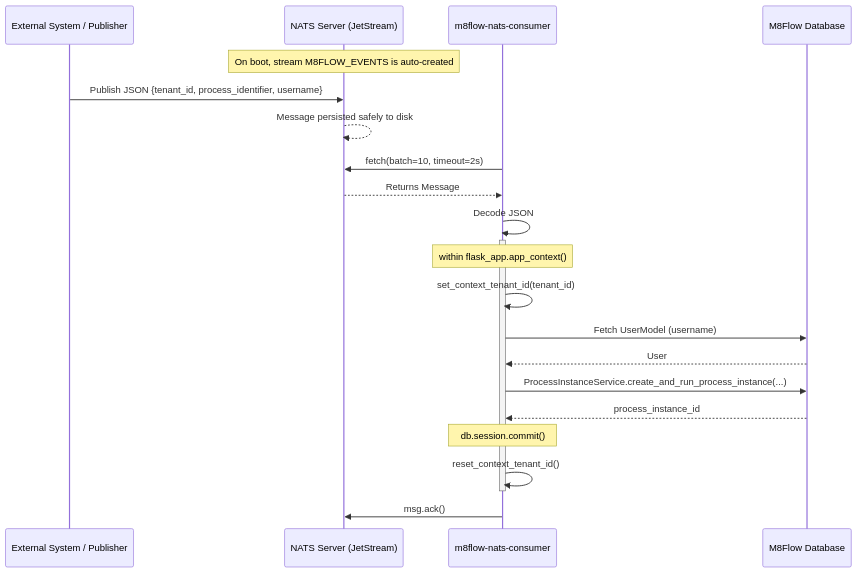
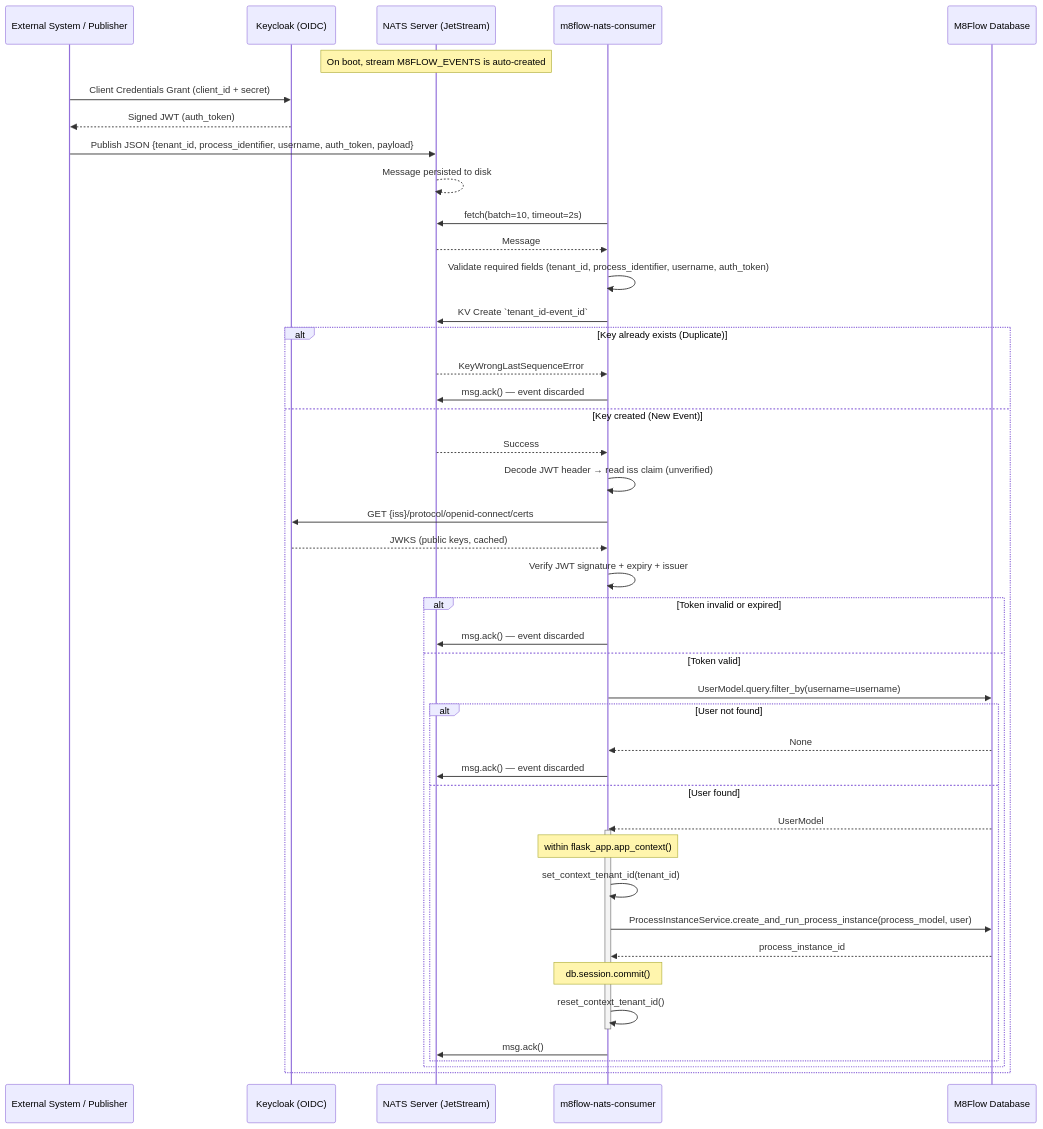
The second of 2 diagrams in docs/event-driven-architecture.md (AOT-Technologies/m8flow), drawn with Mermaid before and after one commit. The commit also changed other lines of this file and 11 other files, not shown here.

Commit message:
feat: Implement JWT validation via Keycloak JWKS and NATS KV deduplication in the consumer, updating documentation and streamlining NATS setup.

````diff
--- a/docs/event-driven-architecture.md
+++ b/docs/event-driven-architecture.md
@@ -68,30 +93,57 @@
 ```mermaid
 sequenceDiagram
     participant External as External System / Publisher
+    participant Keycloak as Keycloak (OIDC)
     participant NATS as NATS Server (JetStream)
     participant Consumer as m8flow-nats-consumer
     participant DB as M8Flow Database
 
     Note over NATS: On boot, stream M8FLOW_EVENTS is auto-created
 
-    External->>NATS: Publish JSON {tenant_id, process_identifier, username}
-    NATS-->>NATS: Message persisted safely to disk
+    External->>Keycloak: Client Credentials Grant (client_id + secret)
+    Keycloak-->>External: Signed JWT (auth_token)
+
+    External->>NATS: Publish JSON {tenant_id, process_identifier, username, auth_token, payload}
+    NATS-->>NATS: Message persisted to disk
 
     Consumer->>NATS: fetch(batch=10, timeout=2s)
-    NATS-->>Consumer: Returns Message
+    NATS-->>Consumer: Message
 
-    Consumer->>Consumer: Decode JSON
+    Consumer->>Consumer: Validate required fields (tenant_id, process_identifier, username, auth_token)
 
-    activate Consumer
-    Note over Consumer: within flask_app.app_context()
-    Consumer->>Consumer: set_context_tenant_id(tenant_id)
-    Consumer->>DB: Fetch UserModel (username)
-    DB-->>Consumer: User
-    Consumer->>DB: ProcessInstanceService.create_and_run_process_instance(...)
-    DB-->>Consumer: process_instance_id
-    Note over Consumer: db.session.commit()
-    Consumer->>Consumer: reset_context_tenant_id()
-    deactivate Consumer
+    Consumer->>NATS: KV Create `tenant_id-event_id`
+    alt Key already exists (Duplicate)
+        NATS-->>Consumer: KeyWrongLastSequenceError
+        Consumer->>NATS: msg.ack() — event discarded
+    else Key created (New Event)
+        NATS-->>Consumer: Success
 
-    Consumer->>NATS: msg.ack()
+        Consumer->>Consumer: Decode JWT header → read iss claim (unverified)
+        Consumer->>Keycloak: GET {iss}/protocol/openid-connect/certs
+        Keycloak-->>Consumer: JWKS (public keys, cached)
+        Consumer->>Consumer: Verify JWT signature + expiry + issuer
+
+        alt Token invalid or expired
+            Consumer->>NATS: msg.ack() — event discarded
+        else Token valid
+            Consumer->>DB: UserModel.query.filter_by(username=username)
+            alt User not found
+                DB-->>Consumer: None
+                Consumer->>NATS: msg.ack() — event discarded
+            else User found
+                DB-->>Consumer: UserModel
+
+                activate Consumer
+                Note over Consumer: within flask_app.app_context()
+                Consumer->>Consumer: set_context_tenant_id(tenant_id)
+                Consumer->>DB: ProcessInstanceService.create_and_run_process_instance(process_model, user)
+                DB-->>Consumer: process_instance_id
+                Note over Consumer: db.session.commit()
+                Consumer->>Consumer: reset_context_tenant_id()
+                deactivate Consumer
+
+                Consumer->>NATS: msg.ack()
+            end
+        end
+    end
 ```
````
